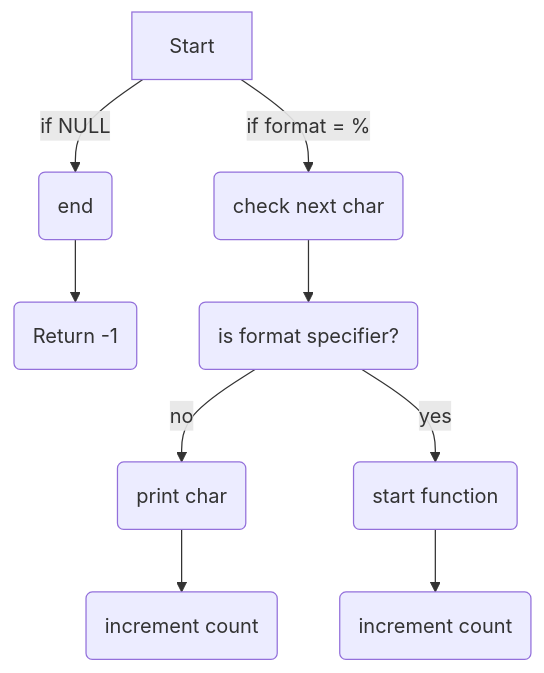
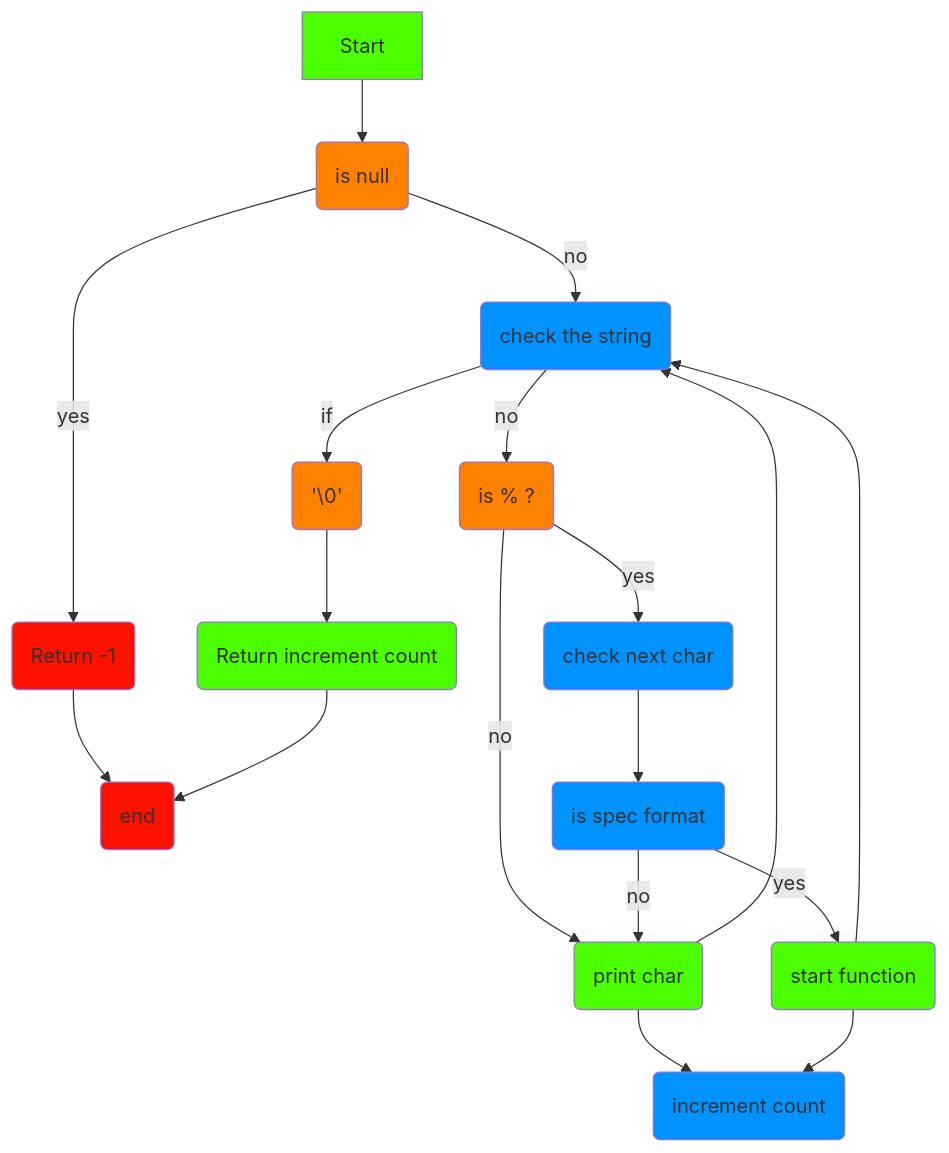
Before and after one commit to Albat93/holbertonschool-printf: the diagram in README.md, drawn with Mermaid. The commit also changed other lines of this file, not shown here.

Commit message:
add and fix Flowchart

````diff
--- a/README.md
+++ b/README.md
@@ -16,12 +17,21 @@
 ```mermaid
 flowchart TD
-A[Start] -- if NULL -->Z(end)
-Z --> B(Return -1)
-A -- if format = % --> C(check next char)
-C --> D(is format specifier?)
-D -- no --> E(print char)
-D -- yes --> F(start function)
-E --> G(increment count)
-F --> H(increment count)
-
+classDef start fill:#4cff00
+classDef fonction fill:#0092ff
+classDef cond fill:#ff8100
+classDef return fill:#ff1100
+A[Start]:::start --> B(is null):::cond
+B -- yes --> C(Return -1):::return
+C --> Z(end):::return
+B -- no --> D(check the string):::fonction
+D -- if --> E('\0'):::cond
+E --> Y(Return increment count):::start --> Z
+D -- no --> F(is % ?):::cond
+F -- no --> G(print char):::start --> J(increment count):::fonction
+F -- yes --> H(check next char):::fonction
+H --> K(is spec format):::fonction
+K -- no --> G
+K -- yes --> I(start function):::start --> J
+G --> D
+I --> D
 ```
````
